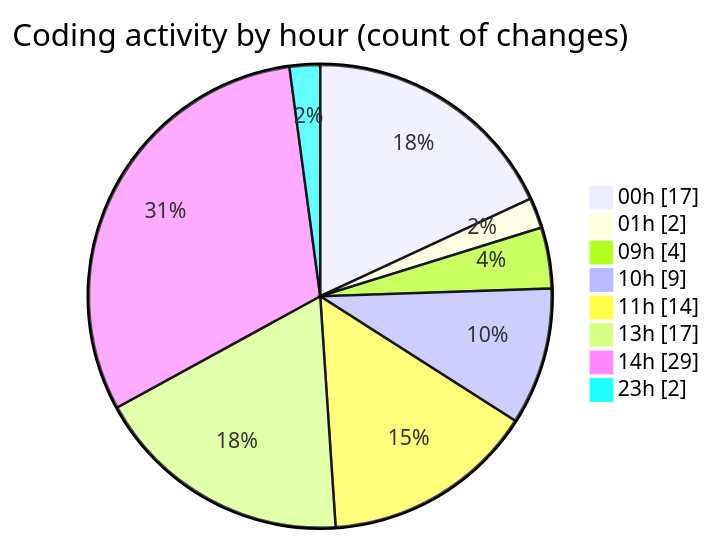
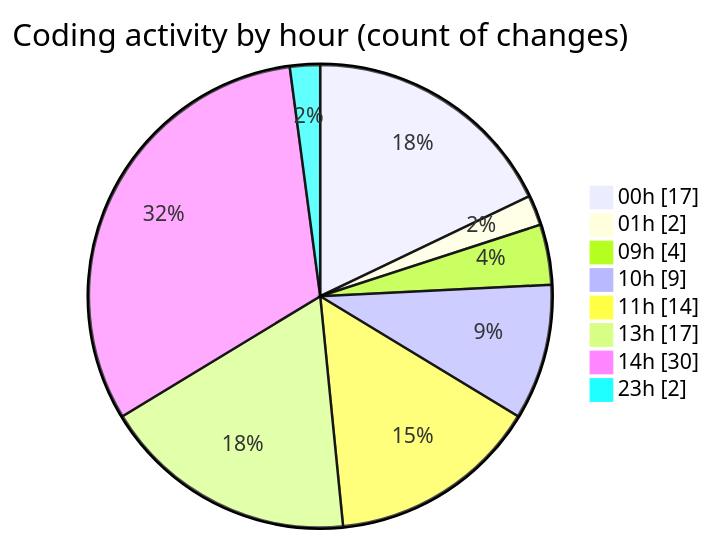
Before and after one commit to julien-gomy/code-tracking: the second of 2 diagrams in 2025-10-29/eventscop-frontend-guide__workspace_/README.md, drawn with Mermaid. The commit also changed other lines of this file and 1 other file, not shown here.

````diff
--- a/2025-10-29/eventscop-frontend-guide__workspace_/README.md
+++ b/2025-10-29/eventscop-frontend-guide__workspace_/README.md
@@ -56,12 +56,12 @@
 ```mermaid
 pie showData
 title Coding activity by hour (count of changes)
 "00h" : 17
 "01h" : 2
 "09h" : 4
 "10h" : 9
 "11h" : 14
 "13h" : 17
-"14h" : 29
+"14h" : 30
 "23h" : 2
 ```
````
